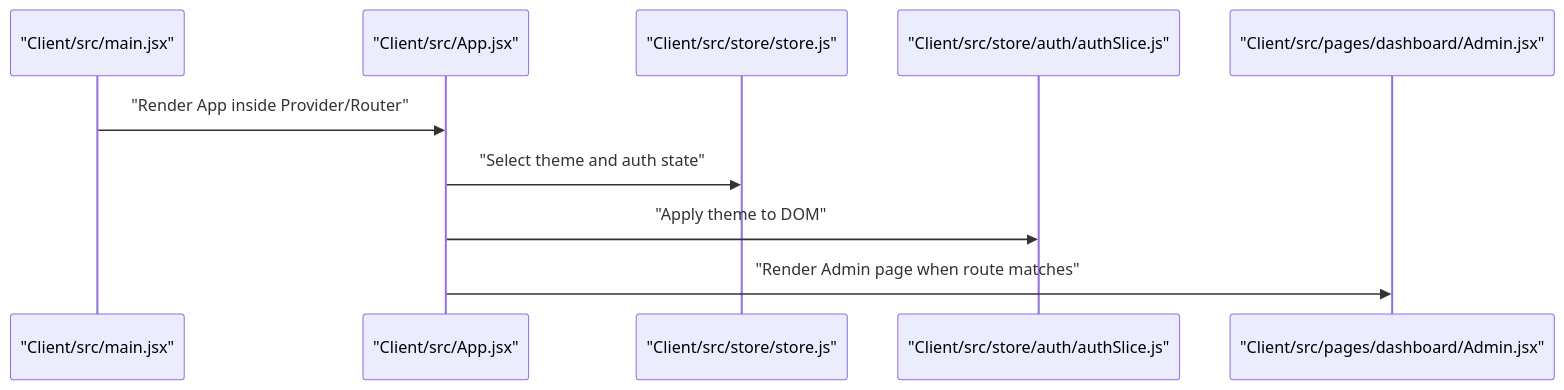
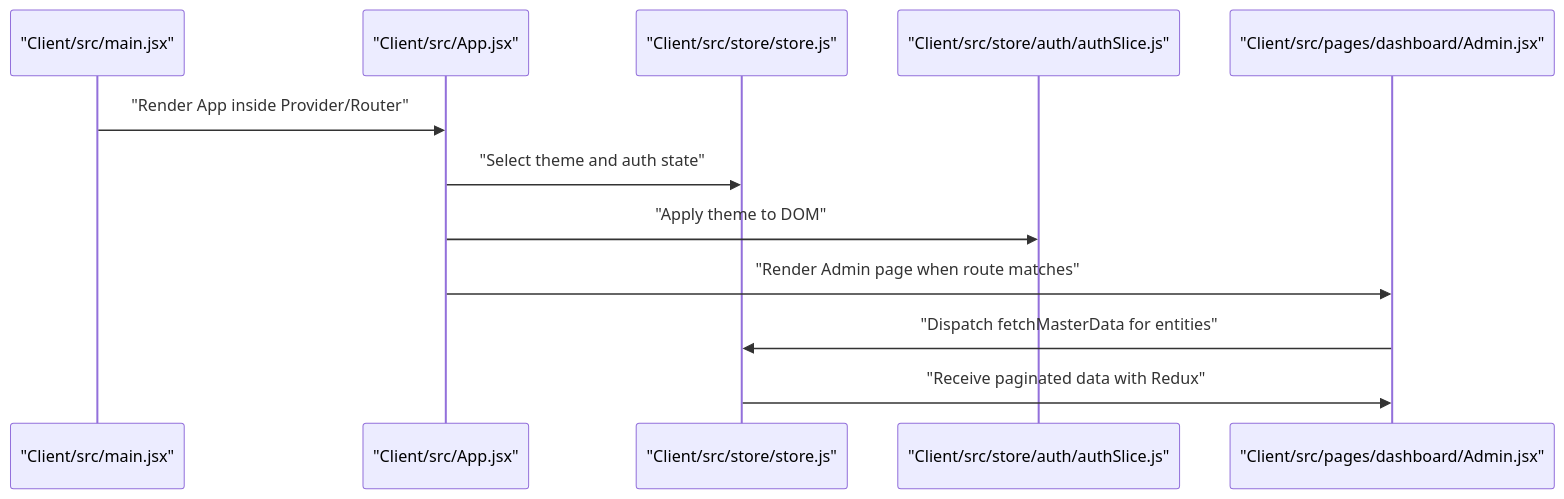
The sixth of 11 diagrams in .qoder/repowiki/en/content/Development Workflow.md (Aryan9060/Timetable-Project), drawn with Mermaid before and after one commit. The commit also changed other lines of this file and 7 other files, not shown here.

````diff
--- a/.qoder/repowiki/en/content/Development Workflow.md
+++ b/.qoder/repowiki/en/content/Development Workflow.md
@@ -242,12 +293,14 @@
 ```mermaid
 sequenceDiagram
 participant Root as "Client/src/main.jsx"
 participant App as "Client/src/App.jsx"
 participant Store as "Client/src/store/store.js"
 participant Auth as "Client/src/store/auth/authSlice.js"
 participant Admin as "Client/src/pages/dashboard/Admin.jsx"
 Root->>App : "Render App inside Provider/Router"
 App->>Store : "Select theme and auth state"
 App->>Auth : "Apply theme to DOM"
 App->>Admin : "Render Admin page when route matches"
+Admin->>Store : "Dispatch fetchMasterData for entities"
+Store->>Admin : "Receive paginated data with Redux"
 ```
````
